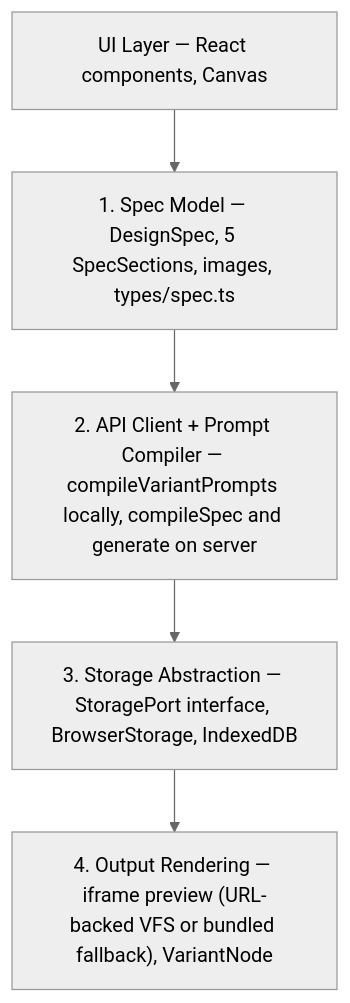
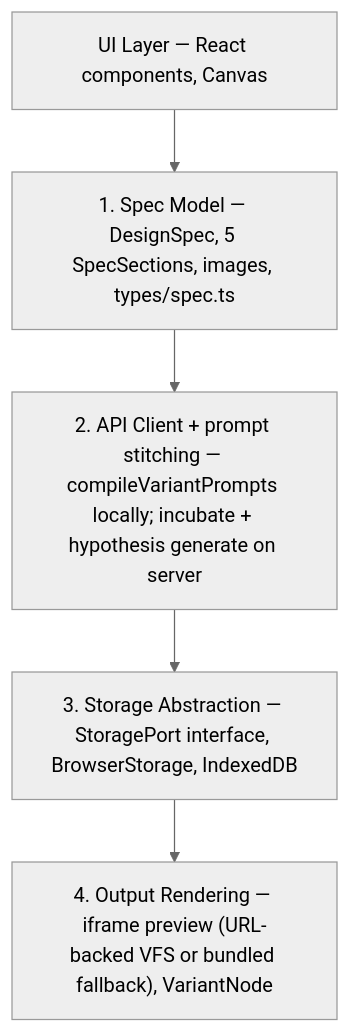
One commit to wolfyy970/designer changed the third of 4 diagrams in ARCHITECTURE.md. Above: the diagram before and after it, drawn with Mermaid (neutral theme). The commit also changed other lines of this file and 212 other files, not shown here.

````diff
--- a/ARCHITECTURE.md
+++ b/ARCHITECTURE.md
@@ -112,10 +112,10 @@
 ```mermaid
 flowchart TB
   ui["UI Layer — React components, Canvas"]
   spec["1. Spec Model — DesignSpec, 5 SpecSections, images, types/spec.ts"]
-  api["2. API Client + Prompt Compiler — compileVariantPrompts locally, compileSpec and generate on server"]
+  api["2. API Client + prompt stitching — compileVariantPrompts locally; incubate + hypothesis generate on server"]
   storage["3. Storage Abstraction — StoragePort interface, BrowserStorage, IndexedDB"]
   output["4. Output Rendering — iframe preview (URL-backed VFS or bundled fallback), VariantNode"]
 
   ui --> spec --> api --> storage --> output
 ```
````
